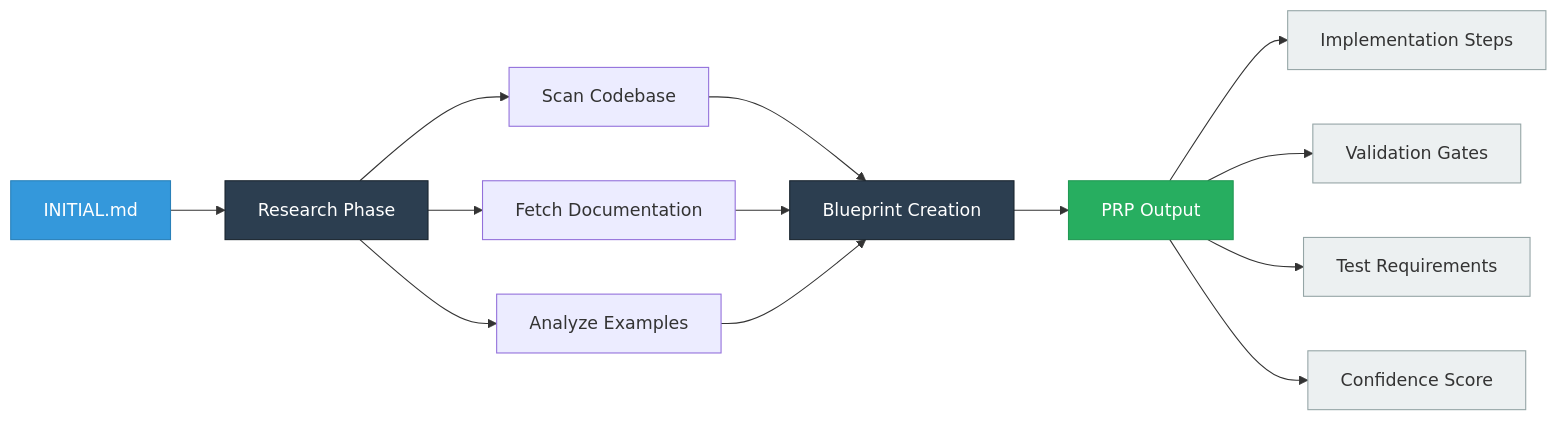
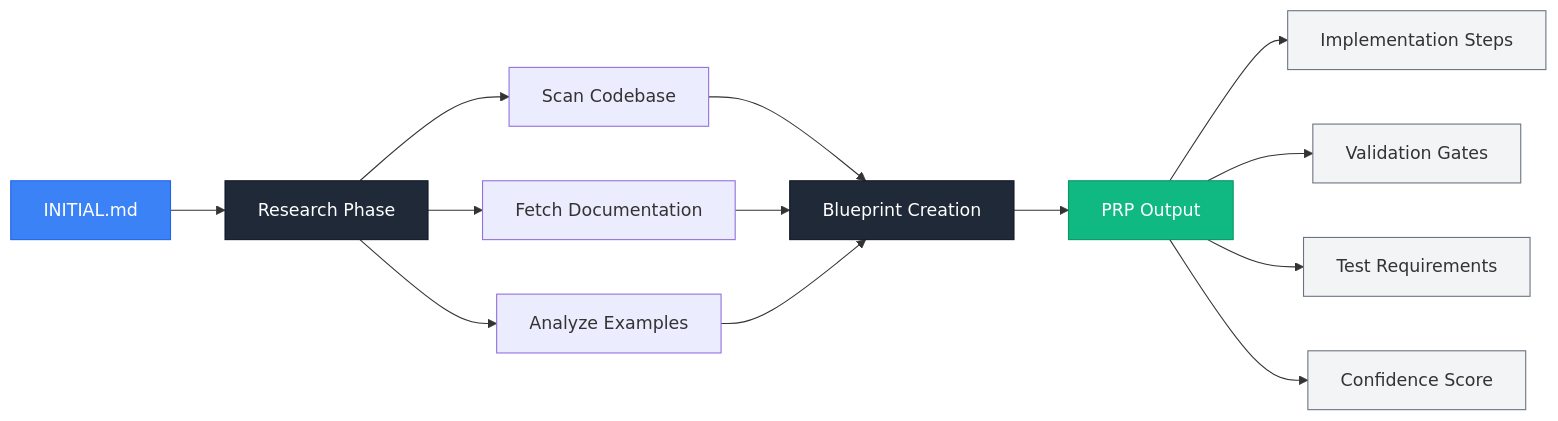
Before and after one commit to bprzybys-nc/ce-demo: the fourth of 6 diagrams in ce-demo-presentation.md, drawn with Mermaid. The commit also changed other lines of this file and 1 other file, not shown here.

````diff
--- a/ce-demo-presentation.md
+++ b/ce-demo-presentation.md
@@ -215,28 +215,28 @@
 ```mermaid
 flowchart LR
     A["INITIAL.md"] --> B["Research Phase"]
 
     B --> C["Scan Codebase"]
     B --> D["Fetch Documentation"]
     B --> E["Analyze Examples"]
 
     C --> F["Blueprint Creation"]
     D --> F
     E --> F
 
     F --> G["PRP Output"]
 
     G --> H["Implementation Steps"]
     G --> I["Validation Gates"]
     G --> J["Test Requirements"]
     G --> K["Confidence Score"]
 
-    style A fill:#3498DB,stroke:#2980B9,color:#fff
-    style B fill:#2C3E50,stroke:#1A252F,color:#fff
-    style F fill:#2C3E50,stroke:#1A252F,color:#fff
-    style G fill:#27AE60,stroke:#229954,color:#fff
-    style H fill:#ECF0F1,stroke:#95A5A6
-    style I fill:#ECF0F1,stroke:#95A5A6
-    style J fill:#ECF0F1,stroke:#95A5A6
-    style K fill:#ECF0F1,stroke:#95A5A6
+    style A fill:#3B82F6,stroke:#2563EB,color:#fff
+    style B fill:#1F2937,stroke:#111827,color:#fff
+    style F fill:#1F2937,stroke:#111827,color:#fff
+    style G fill:#10B981,stroke:#059669,color:#fff
+    style H fill:#F3F4F6,stroke:#6B7280
+    style I fill:#F3F4F6,stroke:#6B7280
+    style J fill:#F3F4F6,stroke:#6B7280
+    style K fill:#F3F4F6,stroke:#6B7280
 ```
````
